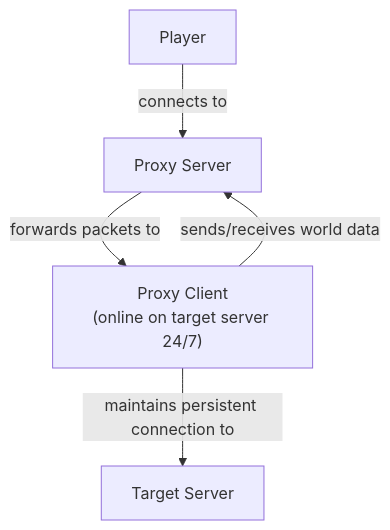
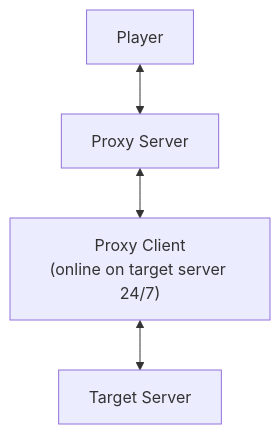
One commit to 0x1bd/BlockGameProxy changed the second of 2 diagrams in README.md. Above: the diagram before and after it, drawn with Mermaid. The commit also changed other lines of this file, not shown here.

Commit message:
docs(Readme): Better diagrams

````diff
--- a/README.md
+++ b/README.md
@@ -10,7 +19,6 @@
 ```mermaid
 flowchart TD
-    Player["Player"] -->|connects to| ProxyServer["Proxy Server"]
-    ProxyServer -->|forwards packets to| ProxyClient["Proxy Client<br/>(online on target server 24/7)"]
-    ProxyClient -->|maintains persistent connection to| Target["Target Server"]
-    ProxyClient -->|sends/receives world data| ProxyServer
+    Player <--> ProxyServer["Proxy Server"]
+    ProxyServer <--> ProxyClient["Proxy Client<br/>(online on target server 24/7)"]
+    ProxyClient <--> Target["Target Server"]
 ```
````
